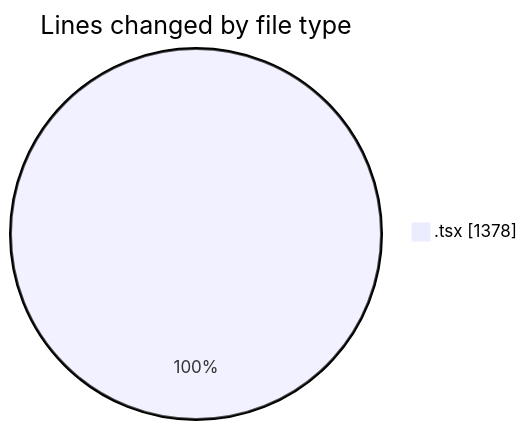
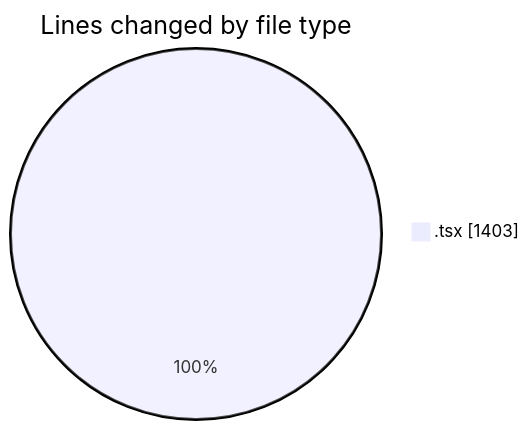
One commit to nxtqubesakshisongat/code-tracking changed the first of 2 diagrams in 2026-02-10/nxtqube_webapp/README.md. Above: the diagram before and after it, drawn with Mermaid. The commit also changed other lines of this file and 1 other file, not shown here.

````diff
--- a/2026-02-10/nxtqube_webapp/README.md
+++ b/2026-02-10/nxtqube_webapp/README.md
@@ -21,5 +21,5 @@
 ```mermaid
 pie showData
 title Lines changed by file type
-".tsx" : 1378
+".tsx" : 1403
 ```
````
